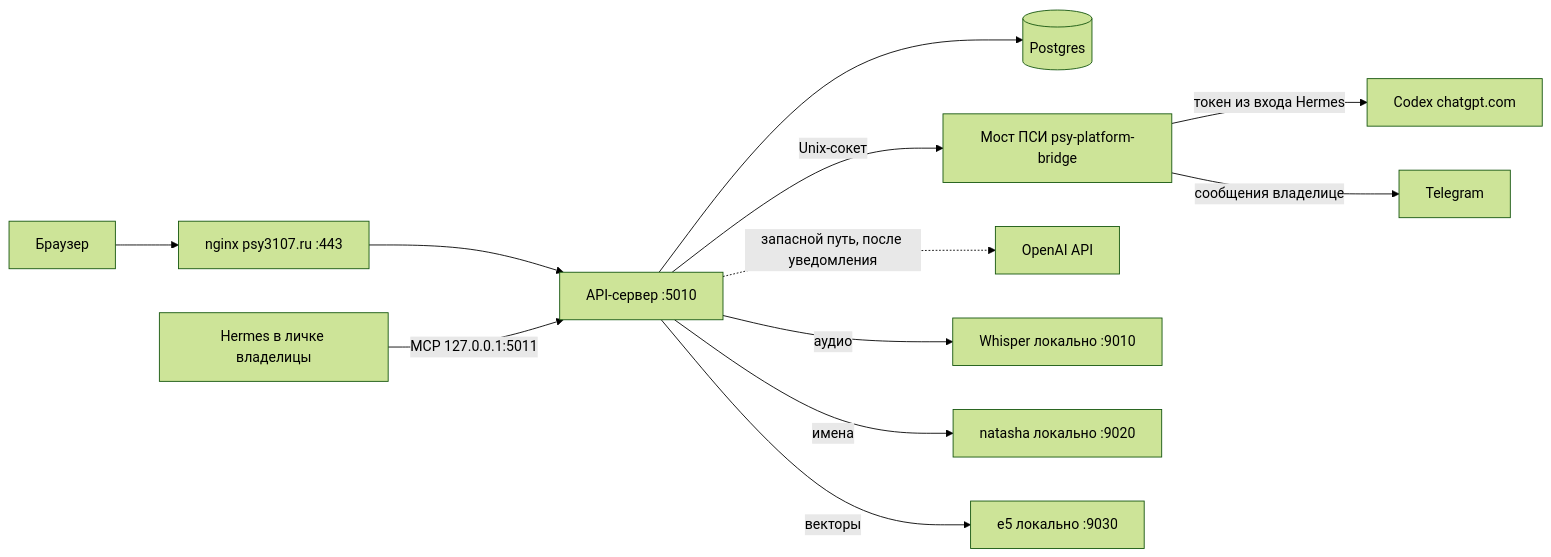
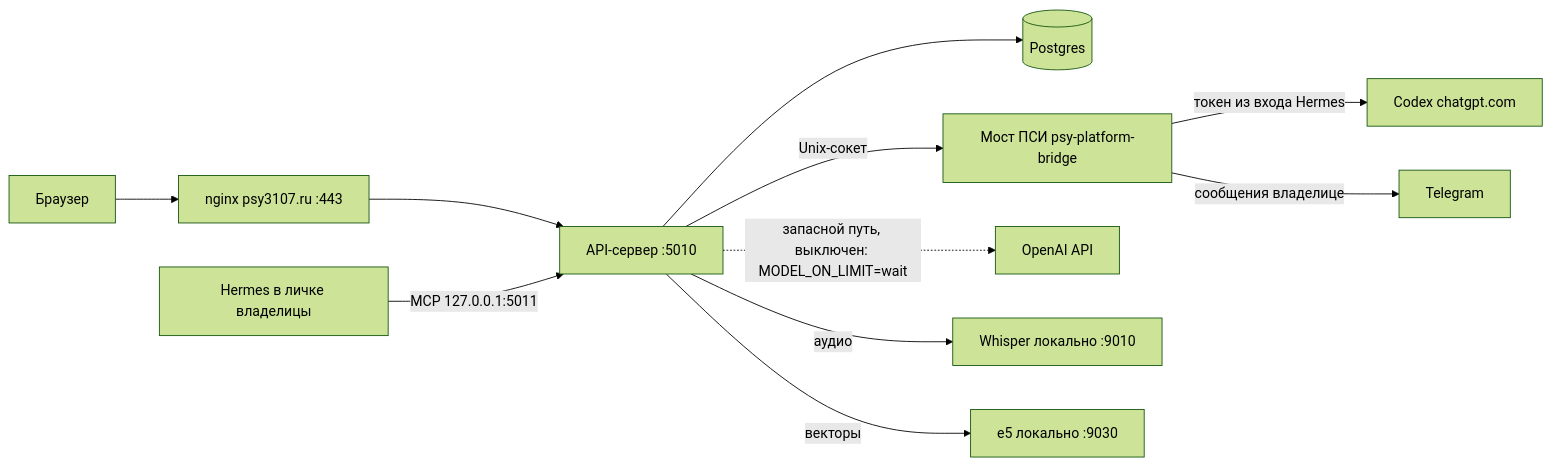
One commit to vikkyduck/Kotu changed the diagram in ARCHITECTURE.md. Above: the diagram before and after it, drawn with Mermaid (forest theme). The commit also changed other lines of this file and 20 other files, not shown here.

First line of the commit message:
Скрытие имён убрано, платный ключ OpenAI выключен

````diff
--- a/ARCHITECTURE.md
+++ b/ARCHITECTURE.md
@@ -124,14 +124,13 @@
 ```mermaid
 graph LR
   A[Браузер] --> B[nginx psy3107.ru :443]
   B --> C[API-сервер :5010]
   C --> D[(Postgres)]
   C -->|Unix-сокет| E[Мост ПСИ psy-platform-bridge]
   E -->|токен из входа Hermes| F[Codex chatgpt.com]
-  C -.->|запасной путь, после уведомления| G[OpenAI API]
+  C -.->|запасной путь, выключен: MODEL_ON_LIMIT=wait| G[OpenAI API]
   E -->|сообщения владелице| H[Telegram]
   C -->|аудио| I[Whisper локально :9010]
-  C -->|имена| J[natasha локально :9020]
   C -->|векторы| K[e5 локально :9030]
   L[Hermes в личке владелицы] -->|MCP 127.0.0.1:5011| C
 ```
````
